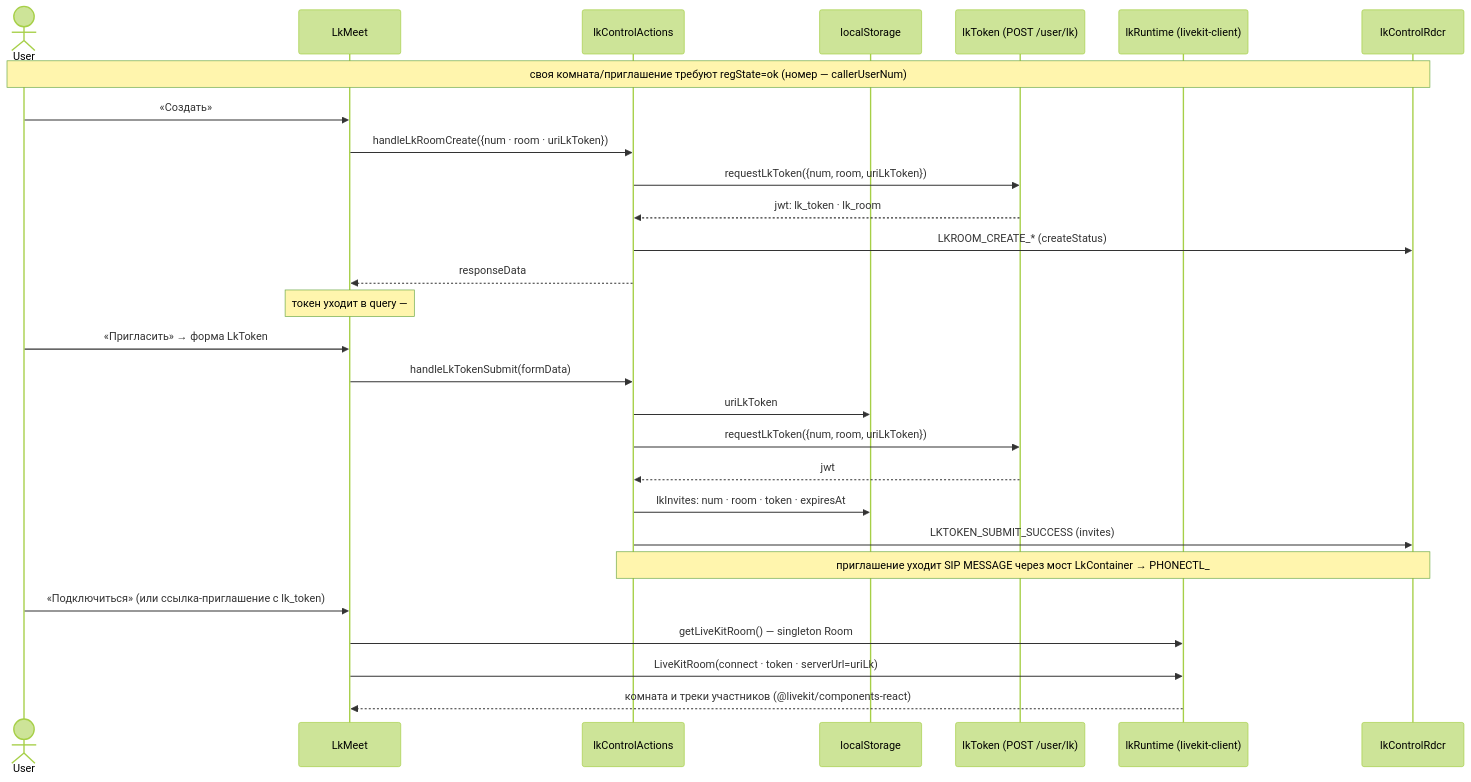
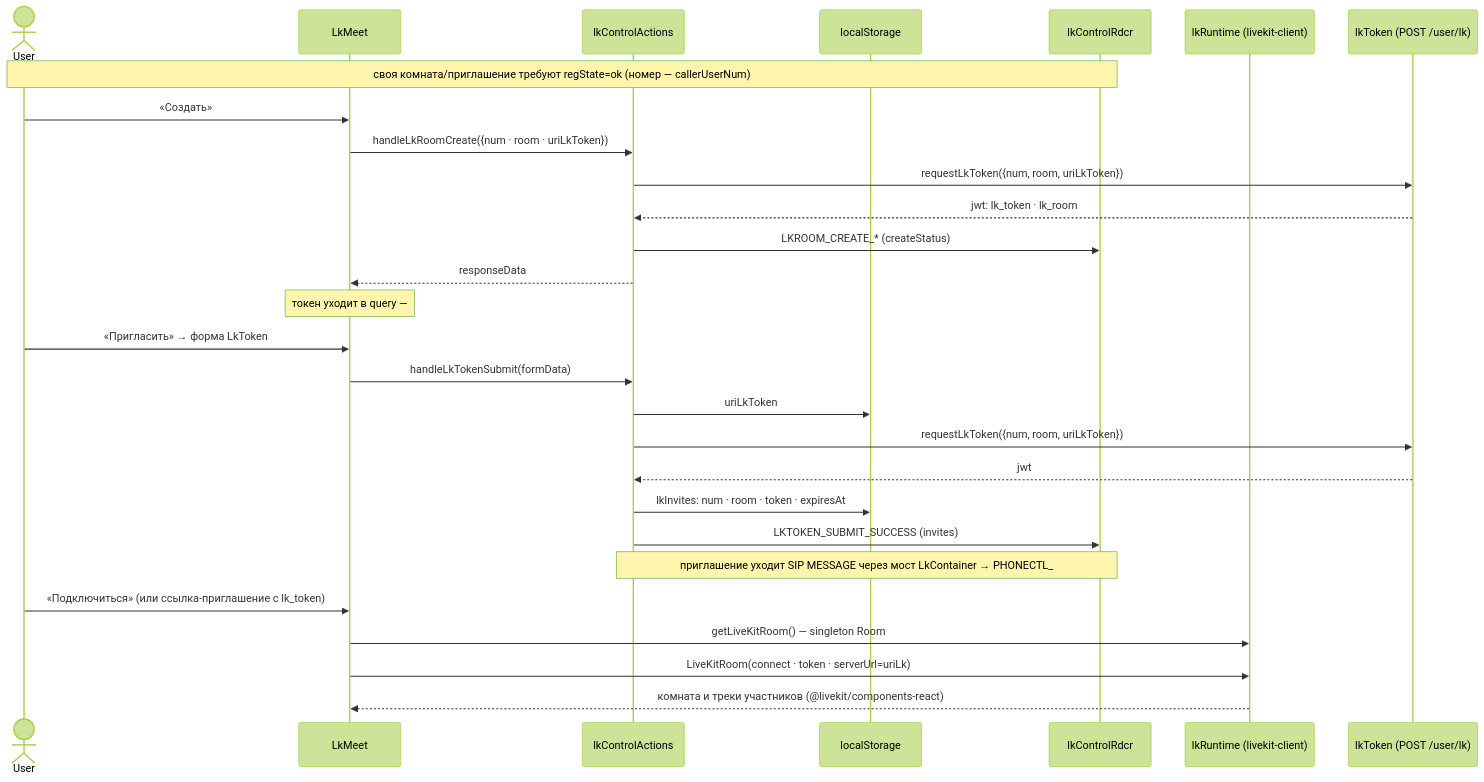
Before and after one commit to ars-anosov/sipjs-react: the third of 3 diagrams in docs/STATE.md, drawn with Mermaid (forest theme). The commit also changed other lines of this file and 14 other files, not shown here.

````diff
--- a/docs/STATE.md
+++ b/docs/STATE.md
@@ -132,31 +161,31 @@
 ```mermaid
 sequenceDiagram
   actor User
   participant LkMeet
   participant Action as lkControlActions
   participant LS as localStorage
+  participant Rdcr as lkControlRdcr
+  participant Runtime as lkRuntime (livekit-client)
   participant Token as lkToken (POST /user/lk)
-  participant Runtime as lkRuntime (livekit-client)
-  participant Rdcr as lkControlRdcr
 
   Note over User,Rdcr: своя комната/приглашение требуют regState=ok (номер — callerUserNum)
   User->>LkMeet: «Создать»
   LkMeet->>Action: handleLkRoomCreate({num · room · uriLkToken})
   Action->>Token: requestLkToken({num, room, uriLkToken})
   Token-->>Action: jwt: lk_token · lk_room
   Action->>Rdcr: LKROOM_CREATE_* (createStatus)
   Action-->>LkMeet: responseData
   Note over LkMeet: токен уходит в query — #/?lk_room&lk_token (в localStorage не пишется)
   User->>LkMeet: «Пригласить» → форма LkToken
   LkMeet->>Action: handleLkTokenSubmit(formData)
   Action->>LS: uriLkToken
   Action->>Token: requestLkToken({num, room, uriLkToken})
   Token-->>Action: jwt
   Action->>LS: lkInvites: num · room · token · expiresAt
   Action->>Rdcr: LKTOKEN_SUBMIT_SUCCESS (invites)
   Note over Action,Rdcr: приглашение уходит SIP MESSAGE через мост LkContainer → PHONECTL_
   User->>LkMeet: «Подключиться» (или ссылка-приглашение с lk_token)
   LkMeet->>Runtime: getLiveKitRoom() — singleton Room
   LkMeet->>Runtime: LiveKitRoom(connect · token · serverUrl=uriLk)
   Runtime-->>LkMeet: комната и треки участников (@livekit/components-react)
 ```
````
